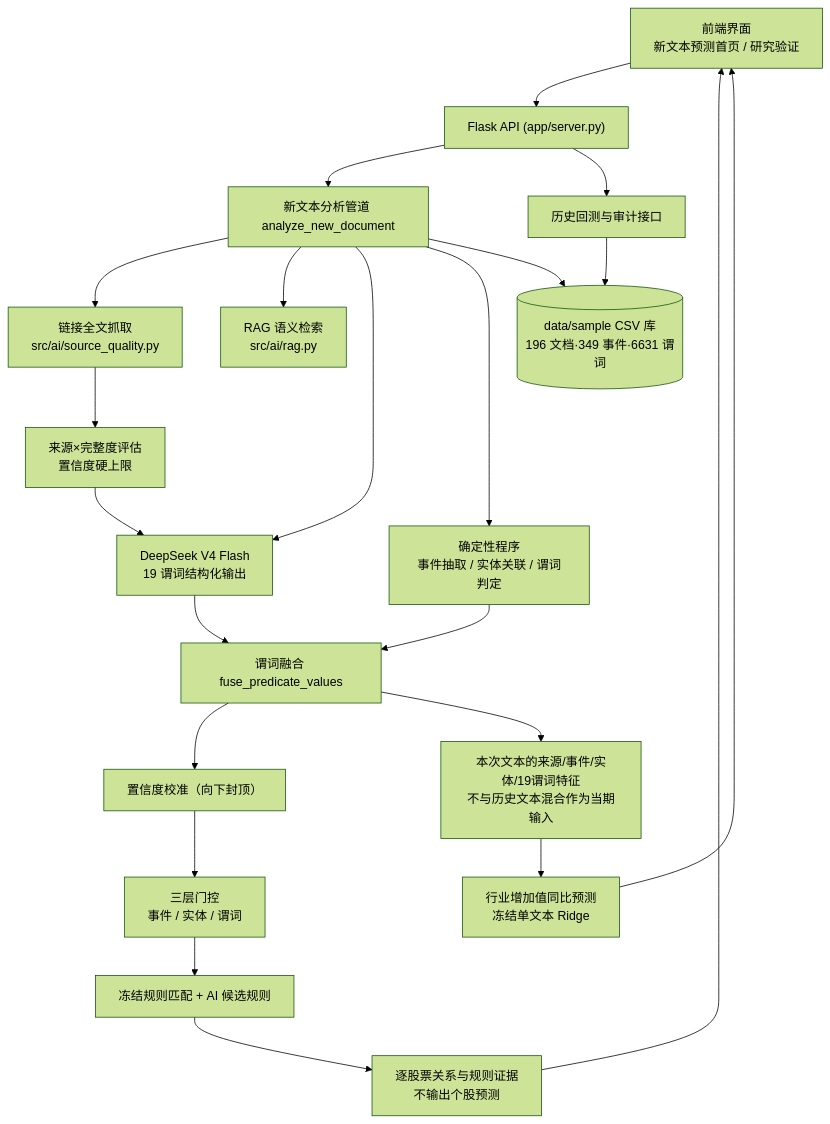
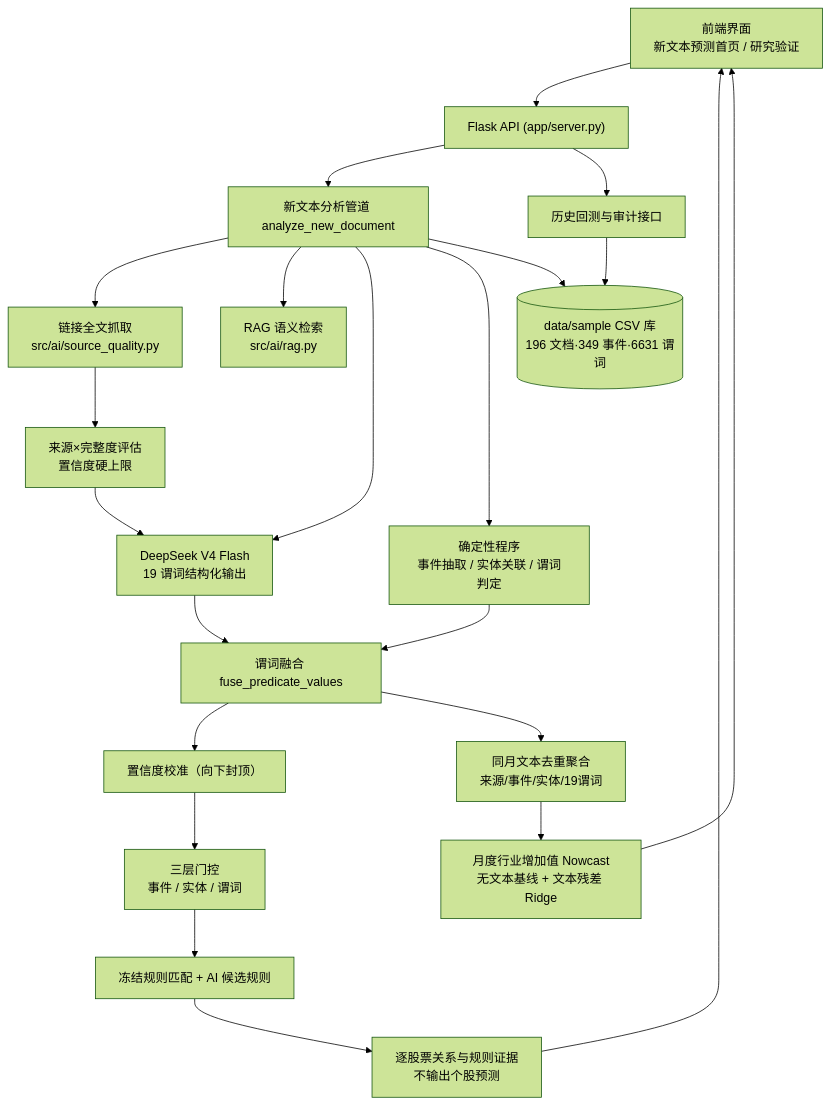
Before and after one commit to chiiiiiiing/Gonghangbei: the diagram in README.md, drawn with Mermaid (forest theme). The commit also changed other lines of this file and 26 other files, not shown here.

````diff
--- a/README.md
+++ b/README.md
@@ -67,27 +67,27 @@
 ```mermaid
 flowchart TD
     UI["前端界面<br/>新文本预测首页 / 研究验证"] --> API["Flask API (app/server.py)"]
     API --> LIVE["新文本分析管道 analyze_new_document"]
     API --> HIST["历史回测与审计接口"]
 
     LIVE --> FETCH["链接全文抓取<br/>src/ai/source_quality.py"]
     LIVE --> RAG["RAG 语义检索<br/>src/ai/rag.py"]
     LIVE --> AI["DeepSeek V4 Flash<br/>19 谓词结构化输出"]
     LIVE --> DET["确定性程序<br/>事件抽取 / 实体关联 / 谓词判定"]
 
     FETCH --> QUALITY["来源×完整度评估<br/>置信度硬上限"]
     QUALITY --> AI
     AI --> FUSE["谓词融合 fuse_predicate_values"]
     DET --> FUSE
     FUSE --> CAL["置信度校准（向下封顶）"]
     CAL --> GATE["三层门控<br/>事件 / 实体 / 谓词"]
     GATE --> RULE["冻结规则匹配 + AI 候选规则"]
     RULE --> EVIDENCE["逐股票关系与规则证据<br/>不输出个股预测"]
-    FUSE --> SINGLE["本次文本的来源/事件/实体/19谓词特征<br/>不与历史文本混合作为当期输入"]
-    SINGLE --> PREDICT["行业增加值同比预测<br/>冻结单文本 Ridge"]
+    FUSE --> MONTHLY["同月文本去重聚合<br/>来源/事件/实体/19谓词"]
+    MONTHLY --> PREDICT["月度行业增加值 Nowcast<br/>无文本基线 + 文本残差 Ridge"]
 
     LIVE --> CSV[("data/sample CSV 库<br/>196 文档·349 事件·6631 谓词")]
     HIST --> CSV
     EVIDENCE --> UI
     PREDICT --> UI
 ```
````
